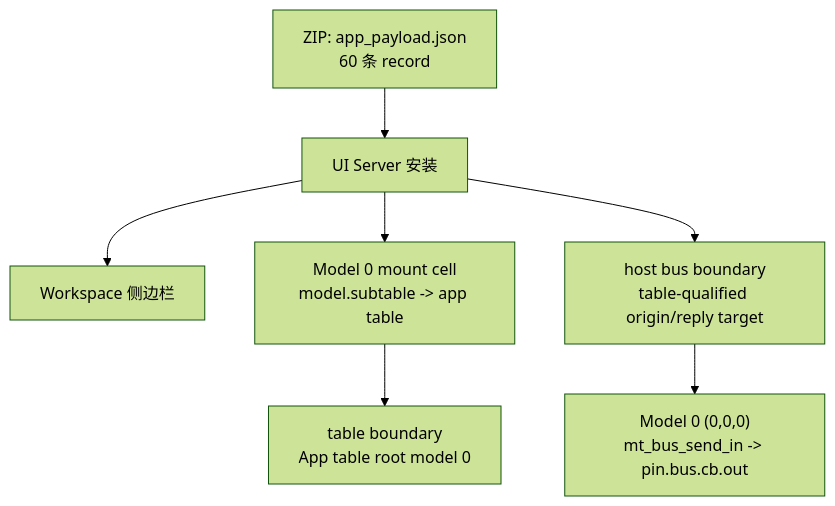
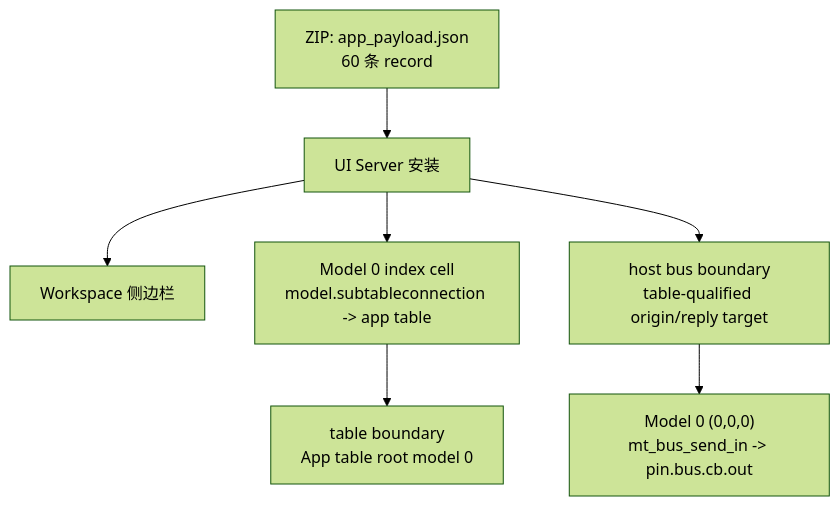
One commit to drooop/dongyu_js_core changed the third of 3 diagrams in docs/user-guide/slide-app-runtime/minimal_submit_app_provider_visualized.md. Above: the diagram before and after it, drawn with Mermaid (forest theme). The commit also changed other lines of this file and 34 other files, not shown here.

````diff
--- a/docs/user-guide/slide-app-runtime/minimal_submit_app_provider_visualized.md
+++ b/docs/user-guide/slide-app-runtime/minimal_submit_app_provider_visualized.md
@@ -69,16 +69,16 @@
 ```mermaid
 flowchart TB
   Zip["ZIP: app_payload.json<br/>60 条 record"]
   Install["UI Server 安装"]
   Side["Workspace 侧边栏"]
-  Subtable["Model 0 mount cell<br/>model.subtable -> app table"]
+  Subtable["Model 0 index cell<br/>model.subtableconnection -> app table"]
   Boundary["table boundary<br/>App table root model 0"]
   Egress["host bus boundary<br/>table-qualified origin/reply target"]
   Bus["Model 0 (0,0,0)<br/>mt_bus_send_in -> pin.bus.cb.out"]
   Zip --> Install
   Install --> Side
   Install --> Subtable
   Subtable --> Boundary
   Install --> Egress
   Egress --> Bus
 ```
````
